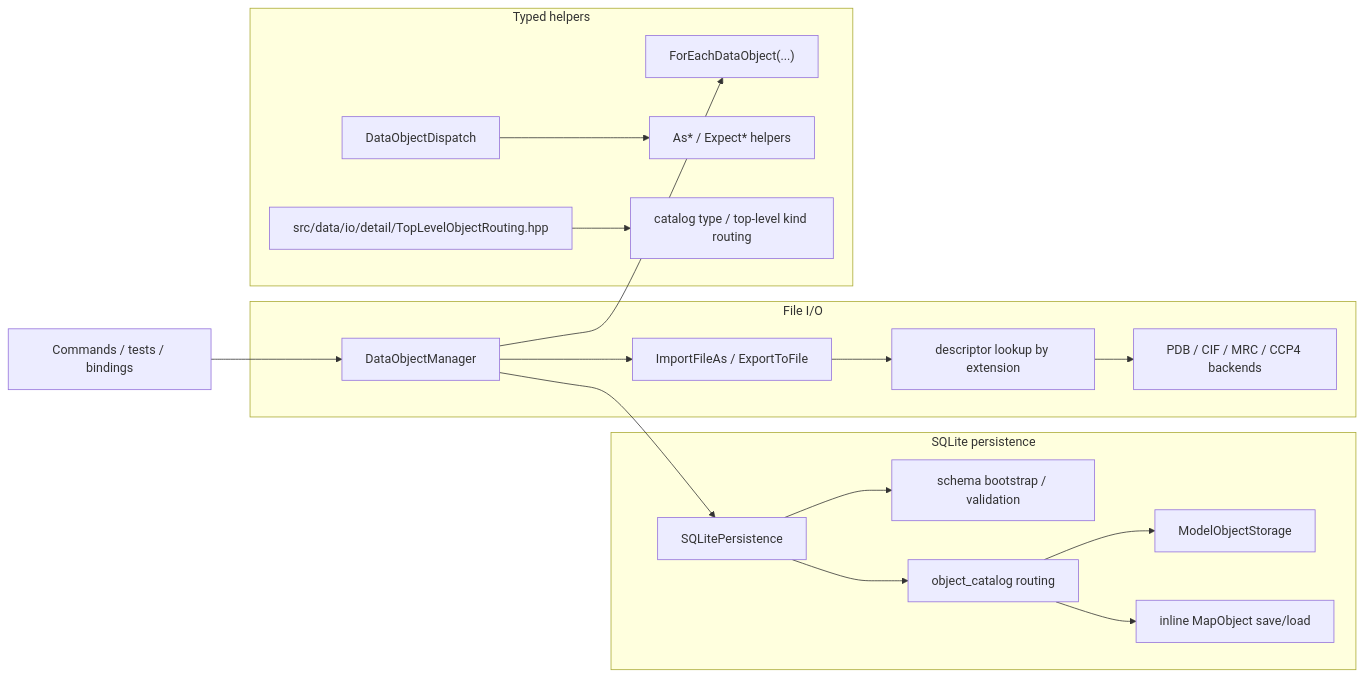
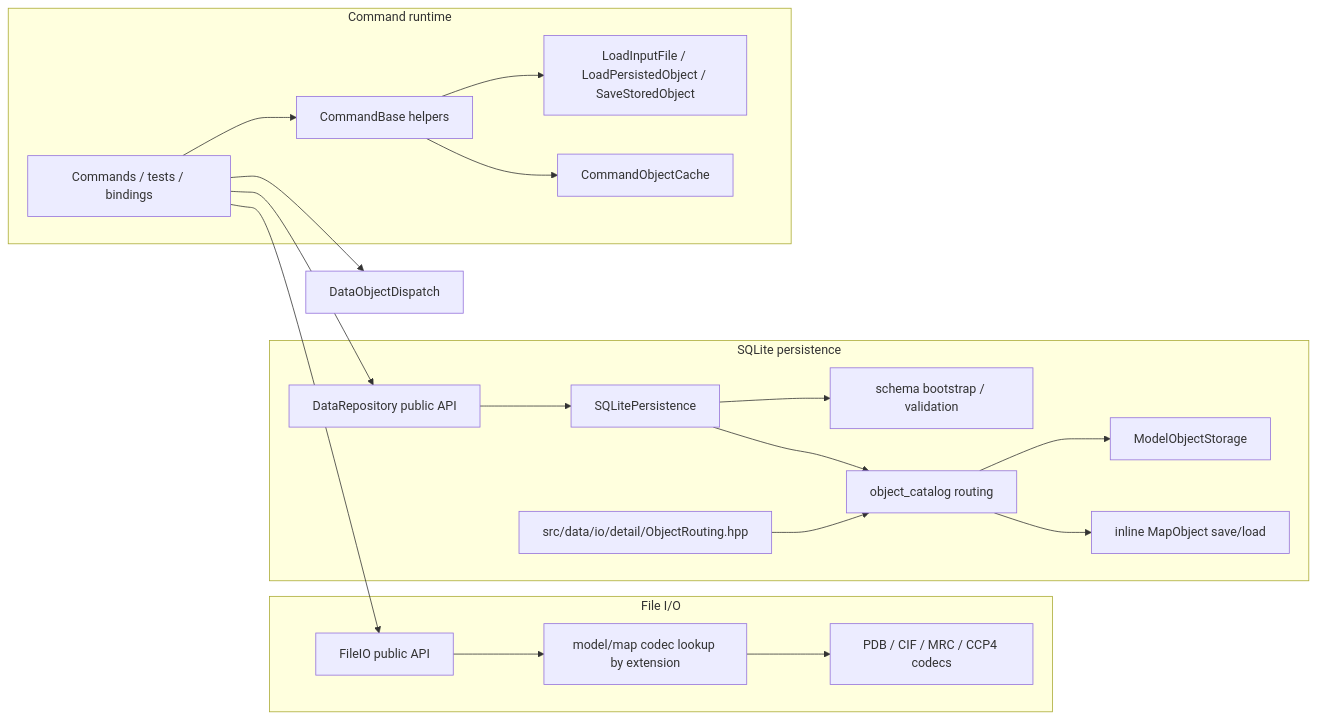
Before and after one commit to yslianTim/rhbm_gem: the diagram in docs/developer/architecture/dataobject-io-architecture.md, drawn with Mermaid. The commit also changed other lines of this file and 46 other files, not shown here.

````diff
--- a/docs/developer/architecture/dataobject-io-architecture.md
+++ b/docs/developer/architecture/dataobject-io-architecture.md
@@ -48,24 +57,26 @@
 ```mermaid
 flowchart LR
-    A["Commands / tests / bindings"] --> B["DataObjectManager"]
+    A["Commands / tests / bindings"] --> B["FileIO public API"]
+    A --> C["DataRepository public API"]
+    A --> D["DataObjectDispatch"]
 
     subgraph F["File I/O"]
-      B --> C["ImportFileAs<T> / ExportToFile"]
-      C --> D["descriptor lookup by extension"]
-      D --> E["PDB / CIF / MRC / CCP4 backends"]
+      B --> E["model/map codec lookup by extension"]
+      E --> F1["PDB / CIF / MRC / CCP4 codecs"]
     end
 
     subgraph P["SQLite persistence"]
-      B --> H["SQLitePersistence"]
-      H --> I["schema bootstrap / validation"]
-      H --> J["object_catalog routing"]
-      J --> K["ModelObjectStorage"]
-      J --> L["inline MapObject save/load"]
+      C --> G["SQLitePersistence"]
+      G --> H["schema bootstrap / validation"]
+      G --> I["object_catalog routing"]
+      I --> J["ModelObjectStorage"]
+      I --> K["inline MapObject save/load"]
+      L["src/data/io/detail/ObjectRouting.hpp"] --> I
     end
 
-    subgraph T["Typed helpers"]
-      B --> M["ForEachDataObject(...)"]
-      N["DataObjectDispatch"] --> N1["As* / Expect* helpers"]
-      O["src/data/io/detail/TopLevelObjectRouting.hpp"] --> O1["catalog type / top-level kind routing"]
+    subgraph R["Command runtime"]
+      M["CommandBase helpers"] --> N["LoadInputFile<T> / LoadPersistedObject<T> / SaveStoredObject"]
+      M --> O["CommandObjectCache"]
+      A --> M
     end
 ```
````
